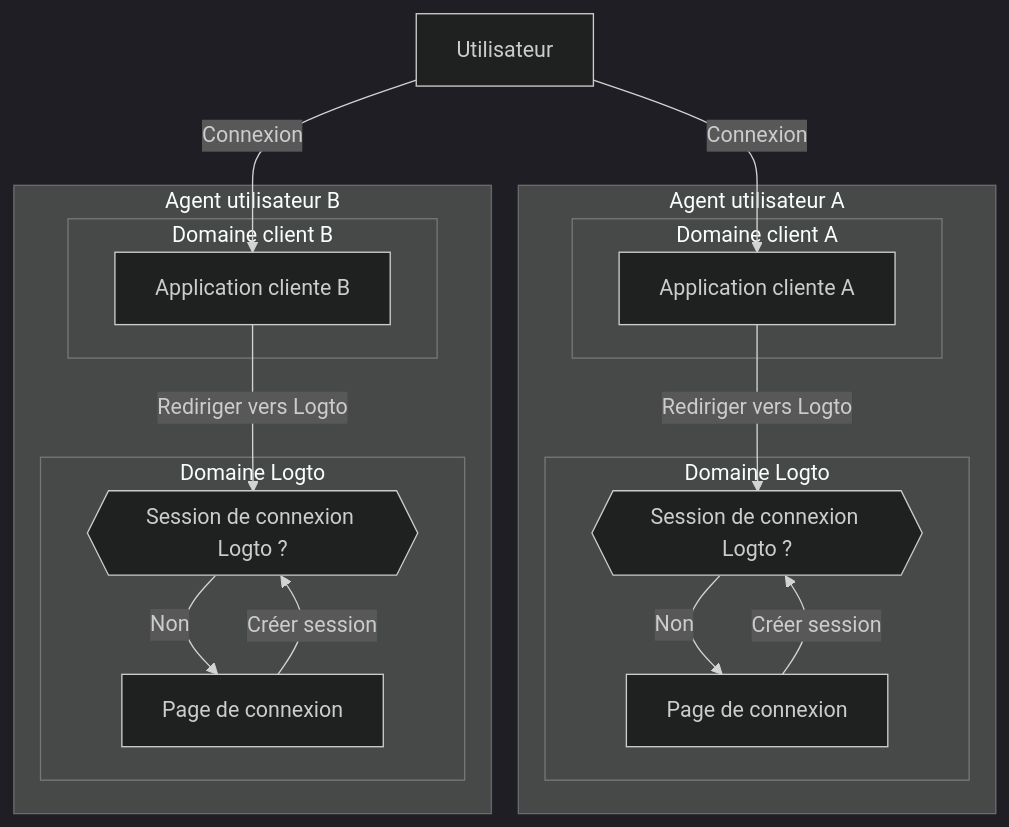
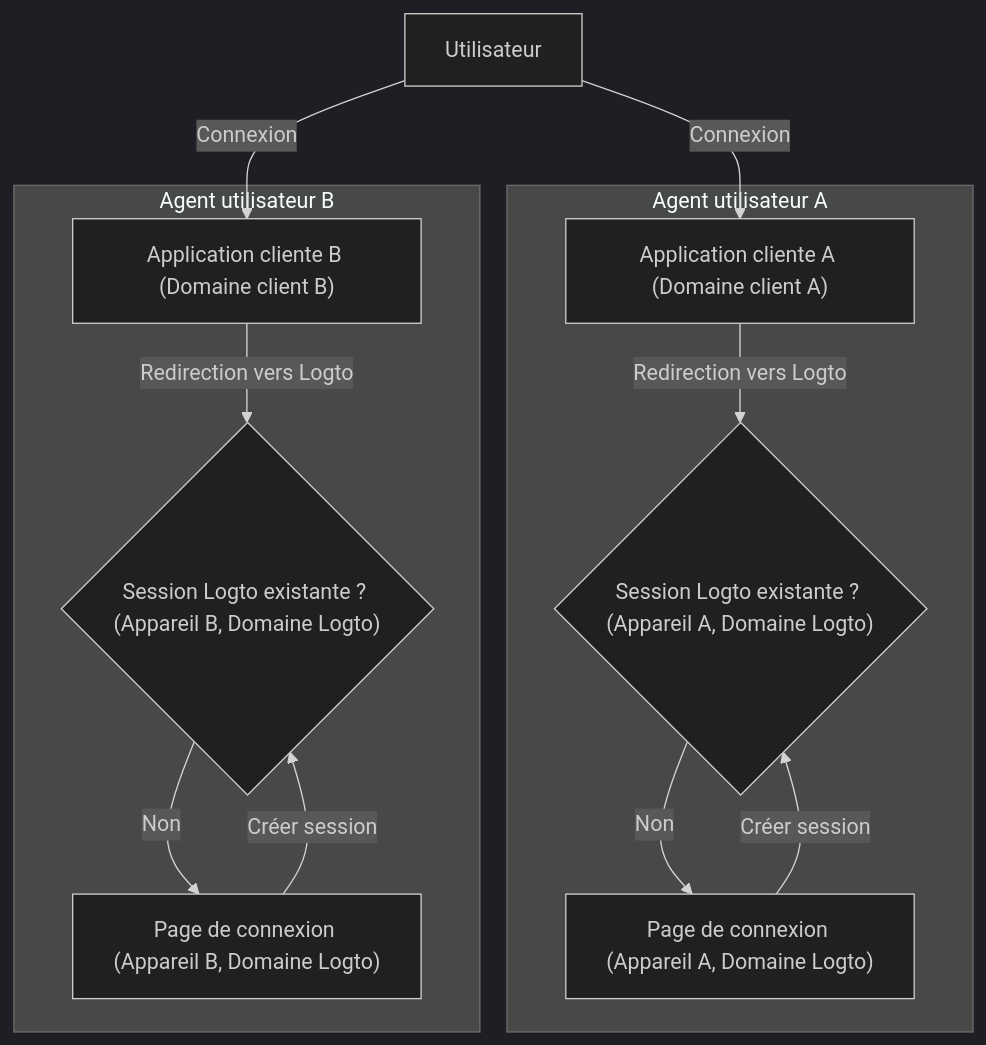
Before and after one commit to logto-io/docs: the fourth of 5 diagrams in i18n/fr/docusaurus-plugin-content-docs/current/end-user-flows/sign-out.mdx, drawn with Mermaid (dark theme). The commit also changed other lines of this file and 74 other files, not shown here.

````diff
--- a/i18n/fr/docusaurus-plugin-content-docs/current/end-user-flows/sign-out.mdx
+++ b/i18n/fr/docusaurus-plugin-content-docs/current/end-user-flows/sign-out.mdx
@@ -89,35 +121,32 @@
-   ```mermaid
-    flowchart TD
-    U[Utilisateur]
+```mermaid
+flowchart TD
+  U[Utilisateur]
+  A["Application cliente A (Domaine client A)"]
+  C{"Session Logto existante ? (Appareil A, Domaine Logto)"}
+  D["Page de connexion (Appareil A, Domaine Logto)"]
 
-    subgraph DeviceA [Agent utilisateur A]
-      subgraph Layer1 [Domaine client A]
-        A[Application cliente A]
-      end
+  subgraph DeviceA["Agent utilisateur A"]
+    A
+    C
+    D
+  end
 
-      subgraph Layer2 [Domaine Logto]
-          C{{Session de connexion Logto ?}}
-          D[Page de connexion]
-      end
-    end
+  B["Application cliente B (Domaine client B)"]
+  E{"Session Logto existante ? (Appareil B, Domaine Logto)"}
+  F["Page de connexion (Appareil B, Domaine Logto)"]
 
-    subgraph DeviceB [Agent utilisateur B]
-      subgraph Layer3 [Domaine client B]
-        B[Application cliente B]
-      end
+  subgraph DeviceB["Agent utilisateur B"]
+    B
+    E
+    F
+  end
 
-      subgraph Layer4 [Domaine Logto]
-          E{{Session de connexion Logto ?}}
-          F[Page de connexion]
-      end
-    end
-
-    U --> |Connexion| A
-    A --> |Rediriger vers Logto| C
-    U --> |Connexion| B
-    B --> |Rediriger vers Logto| E
-    C --> |Non| D
-    E --> |Non| F
-    D --> |Créer session| C
-    F --> |Créer session| E
-   ```
+  U -->|Connexion| A
+  A -->|Redirection vers Logto| C
+  U -->|Connexion| B
+  B -->|Redirection vers Logto| E
+  C -->|Non| D
+  E -->|Non| F
+  D -->|Créer session| C
+  F -->|Créer session| E
+```
````
